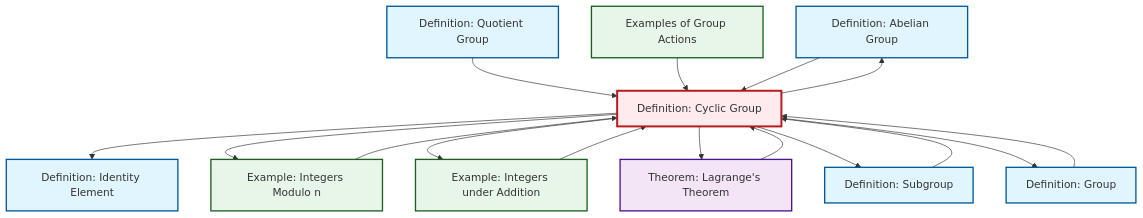
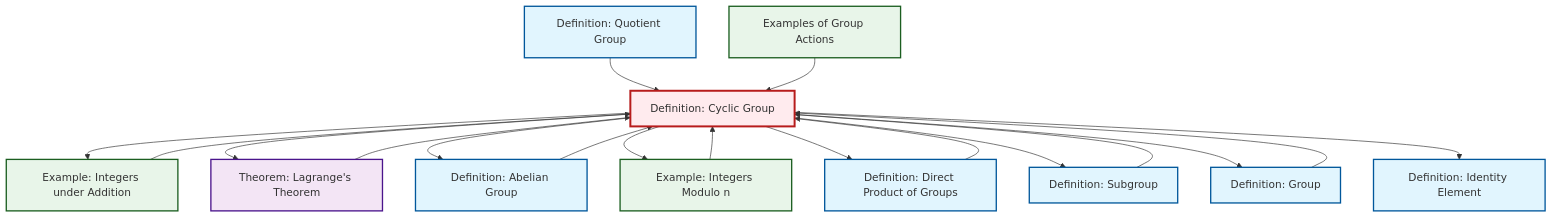
The diagram in content/en/algebra/def-cyclic-group.qmd (RK0429/ModernMath), drawn with Mermaid before and after one commit. The commit also changed other lines of this file and 360 other files, not shown here.

````diff
--- a/content/en/algebra/def-cyclic-group.qmd
+++ b/content/en/algebra/def-cyclic-group.qmd
@@ -88,44 +97,48 @@
 ```{mermaid}
 %%| fig-cap: "Local dependency graph"
 graph TD
     classDef definition fill:#e1f5fe,stroke:#01579b,stroke-width:2px
     classDef theorem fill:#f3e5f5,stroke:#4a148c,stroke-width:2px
     classDef axiom fill:#fff3e0,stroke:#e65100,stroke-width:2px
     classDef example fill:#e8f5e9,stroke:#1b5e20,stroke-width:2px
     classDef current fill:#ffebee,stroke:#b71c1c,stroke-width:3px
+    def-quotient-group["Definition: Quotient Group"]:::definition
     def-abelian-group["Definition: Abelian Group"]:::definition
+    ex-integers-addition["Example: Integers under Addition"]:::example
+    ex-quotient-integers-mod-n["Example: Integers Modulo n"]:::example
+    thm-lagrange["Theorem: Lagrange's Theorem"]:::theorem
+    def-identity-element["Definition: Identity Element"]:::definition
     def-cyclic-group["Definition: Cyclic Group"]:::definition
+    def-direct-product["Definition: Direct Product of Groups"]:::definition
+    def-group["Definition: Group"]:::definition
     ex-group-action-examples["Examples of Group Actions"]:::example
     def-subgroup["Definition: Subgroup"]:::definition
-    def-group["Definition: Group"]:::definition
-    ex-integers-addition["Example: Integers under Addition"]:::example
-    thm-lagrange["Theorem: Lagrange's Theorem"]:::theorem
-    def-quotient-group["Definition: Quotient Group"]:::definition
-    def-identity-element["Definition: Identity Element"]:::definition
-    ex-quotient-integers-mod-n["Example: Integers Modulo n"]:::example
-    ex-quotient-integers-mod-n --> def-cyclic-group
-    thm-lagrange --> def-cyclic-group
-    def-quotient-group --> def-cyclic-group
-    def-cyclic-group --> def-identity-element
-    ex-group-action-examples --> def-cyclic-group
-    ex-integers-addition --> def-cyclic-group
-    def-subgroup --> def-cyclic-group
-    def-cyclic-group --> ex-quotient-integers-mod-n
-    def-group --> def-cyclic-group
     def-cyclic-group --> ex-integers-addition
     def-cyclic-group --> thm-lagrange
+    thm-lagrange --> def-cyclic-group
+    def-cyclic-group --> def-abelian-group
+    ex-integers-addition --> def-cyclic-group
+    def-cyclic-group --> ex-quotient-integers-mod-n
+    ex-quotient-integers-mod-n --> def-cyclic-group
+    def-direct-product --> def-cyclic-group
+    def-abelian-group --> def-cyclic-group
+    def-group --> def-cyclic-group
+    def-cyclic-group --> def-direct-product
+    def-quotient-group --> def-cyclic-group
+    ex-group-action-examples --> def-cyclic-group
     def-cyclic-group --> def-subgroup
     def-cyclic-group --> def-group
-    def-abelian-group --> def-cyclic-group
-    def-cyclic-group --> def-abelian-group
+    def-subgroup --> def-cyclic-group
+    def-cyclic-group --> def-identity-element
     class def-cyclic-group current
+    click def-quotient-group "def-quotient-group.html" "Go to Quotient Group definition"
     click def-abelian-group "def-abelian-group.html" "Go to Abelian Group definition"
+    click ex-integers-addition "ex-integers-addition.html" "Go to Integers under Addition example"
+    click ex-quotient-integers-mod-n "ex-quotient-integers-mod-n.html" "Go to Integers Modulo n example"
+    click thm-lagrange "thm-lagrange.html" "Go to Lagrange's Theorem theorem"
+    click def-identity-element "def-identity-element.html" "Go to Identity Element definition"
+    click def-direct-product "def-direct-product.html" "Go to Direct Product of Groups definition"
+    click def-group "def-group.html" "Go to Group definition"
     click ex-group-action-examples "ex-group-action-examples.html" "Go to Examples of Group Actions"
     click def-subgroup "def-subgroup.html" "Go to Subgroup definition"
-    click def-group "def-group.html" "Go to Group definition"
-    click ex-integers-addition "ex-integers-addition.html" "Go to Integers under Addition example"
-    click thm-lagrange "thm-lagrange.html" "Go to Lagrange's Theorem theorem"
-    click def-quotient-group "def-quotient-group.html" "Go to Quotient Group definition"
-    click def-identity-element "def-identity-element.html" "Go to Identity Element definition"
-    click ex-quotient-integers-mod-n "ex-quotient-integers-mod-n.html" "Go to Integers Modulo n example"
 ```
````
